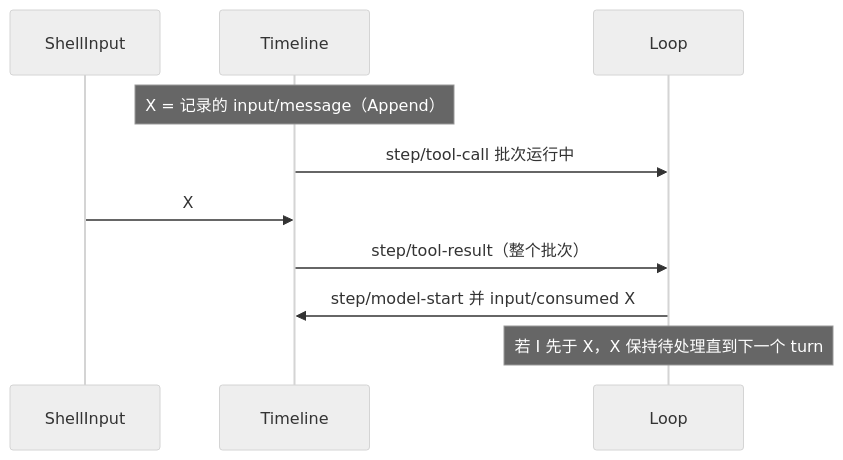
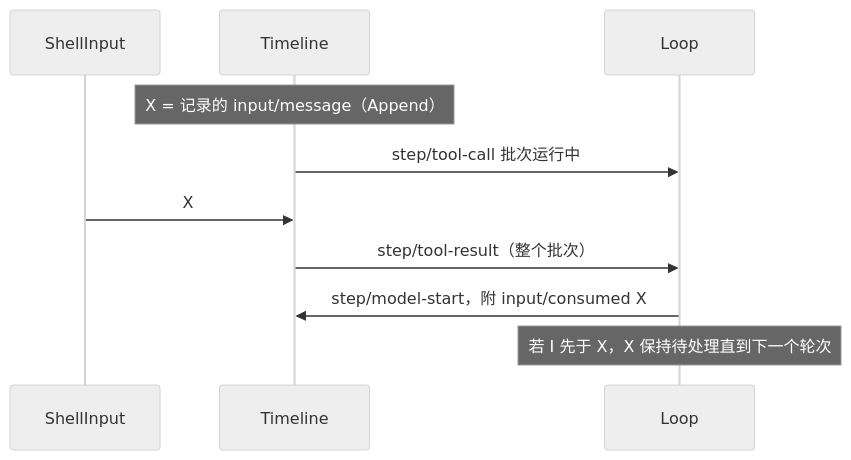
The fifth of 5 diagrams in docs/zh/design/plugins/ShellInput.md (CoutinhoTTS/dim-agent), drawn with Mermaid (neutral theme) before and after one commit. The commit also changed other lines of this file and 18 other files, not shown here.

````diff
--- a/docs/zh/design/plugins/ShellInput.md
+++ b/docs/zh/design/plugins/ShellInput.md
@@ -115,12 +115,12 @@
 ```mermaid
 sequenceDiagram
   participant SI as ShellInput
   participant TL as Timeline
   participant L as Loop
   Note over TL: X = 记录的 input/message（Append）
   TL->>L: step/tool-call 批次运行中
   SI->>TL: X
   TL->>L: step/tool-result（整个批次）
-  L->>TL: step/model-start 并 input/consumed X
-  Note over L: 若 I 先于 X，X 保持待处理直到下一个 turn
+  L->>TL: step/model-start，附 input/consumed X
+  Note over L: 若 I 先于 X，X 保持待处理直到下一个轮次
 ```
````
